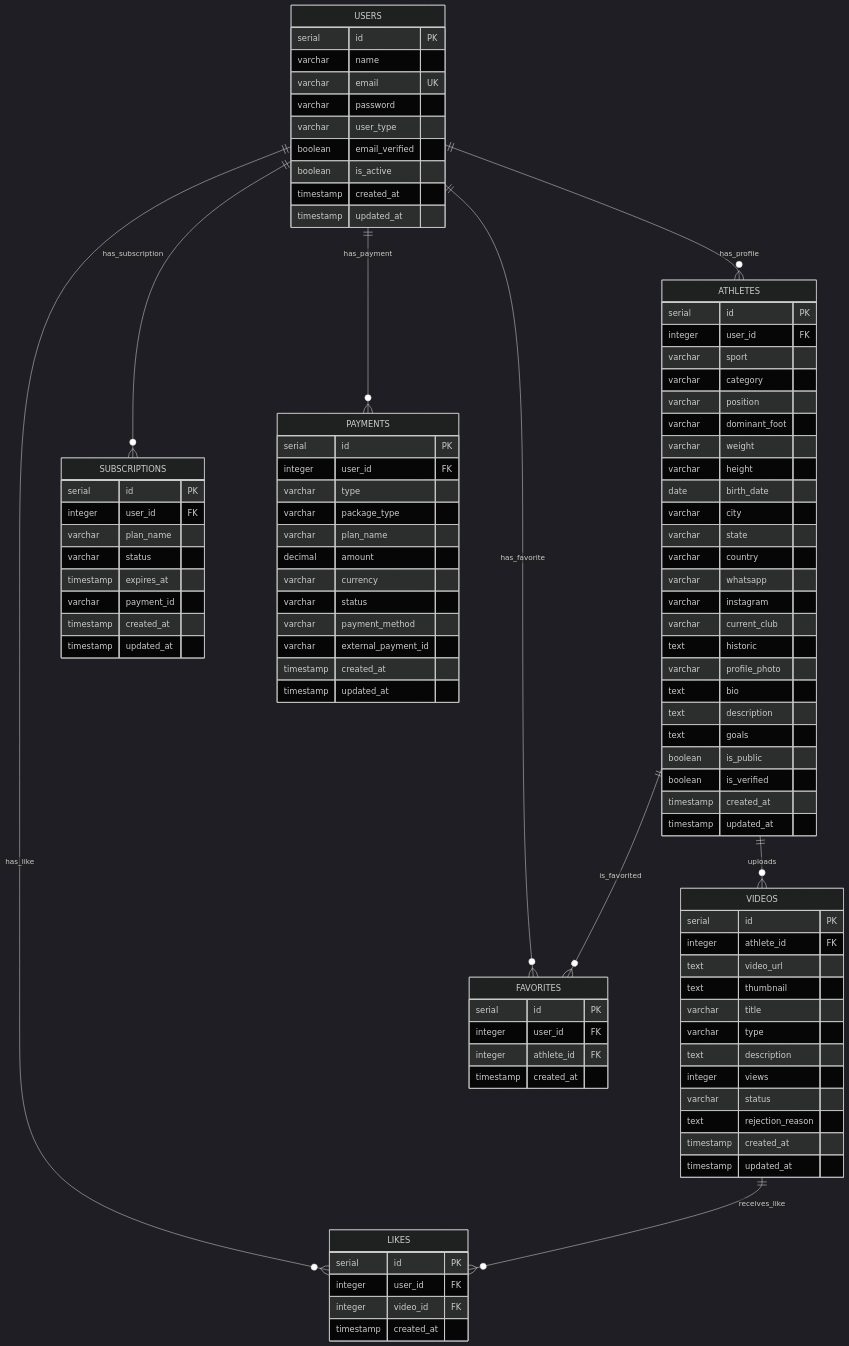
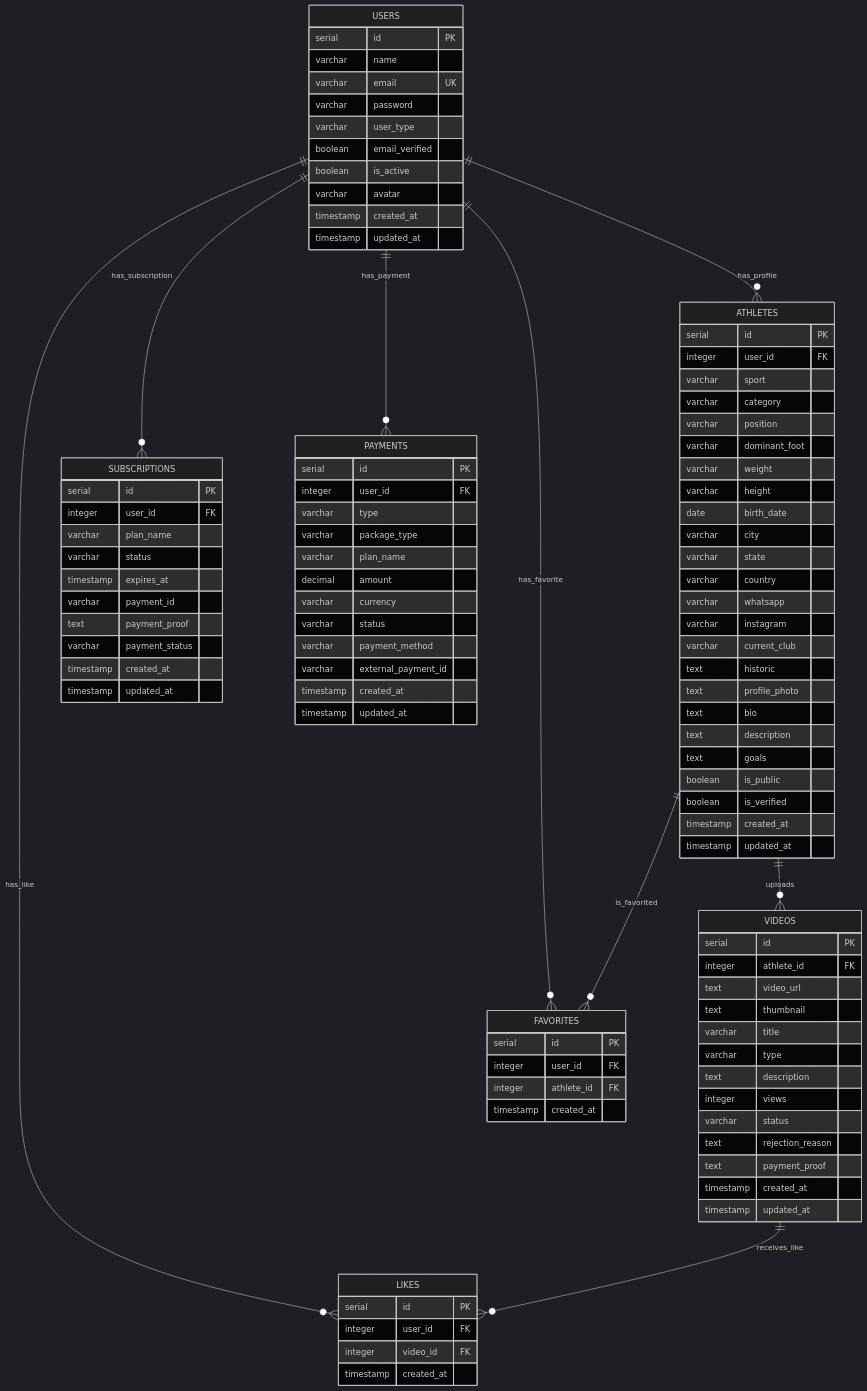
Before and after one commit to Alexandrexicara/craque-vision: the second of 5 diagrams in .qoder/repowiki/en/content/Database Design/Database Schema Overview.md, drawn with Mermaid (dark theme). The commit also changed other lines of this file and 10 other files, not shown here.

```diff
--- a/.qoder/repowiki/en/content/Database Design/Database Schema Overview.md
+++ b/.qoder/repowiki/en/content/Database Design/Database Schema Overview.md
@@ -67,6 +93,7 @@
 varchar user_type
 boolean email_verified
 boolean is_active
+varchar avatar
 timestamp created_at
 timestamp updated_at
 }
@@ -87,7 +114,7 @@
 varchar instagram
 varchar current_club
 text historic
-varchar profile_photo
+text profile_photo
 text bio
 text description
 text goals
@@ -107,6 +134,7 @@
 integer views
 varchar status
 text rejection_reason
+text payment_proof
 timestamp created_at
 timestamp updated_at
 }
@@ -117,6 +145,8 @@
 varchar status
 timestamp expires_at
 varchar payment_id
+text payment_proof
+varchar payment_status
 timestamp created_at
 timestamp updated_at
 }
```
